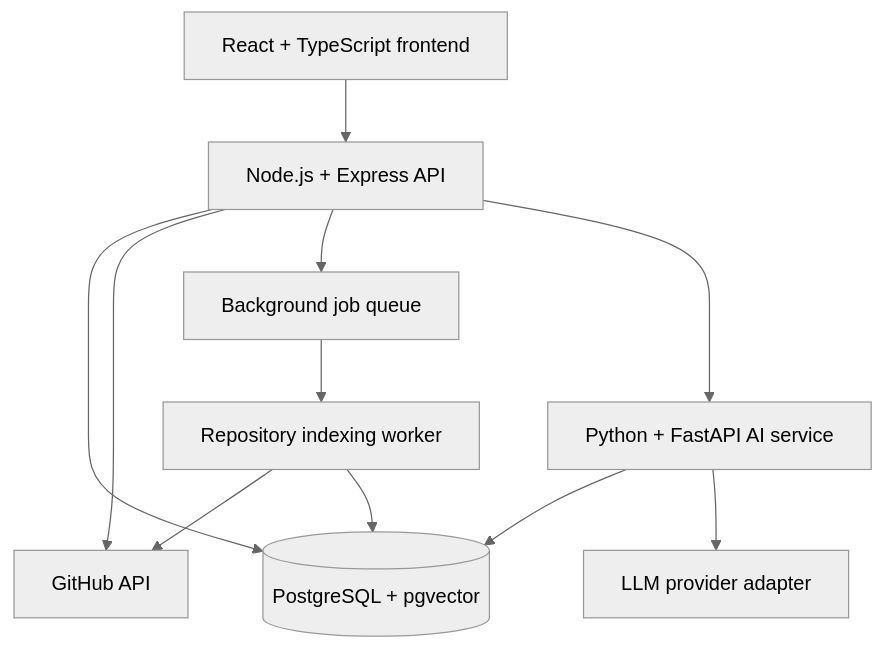
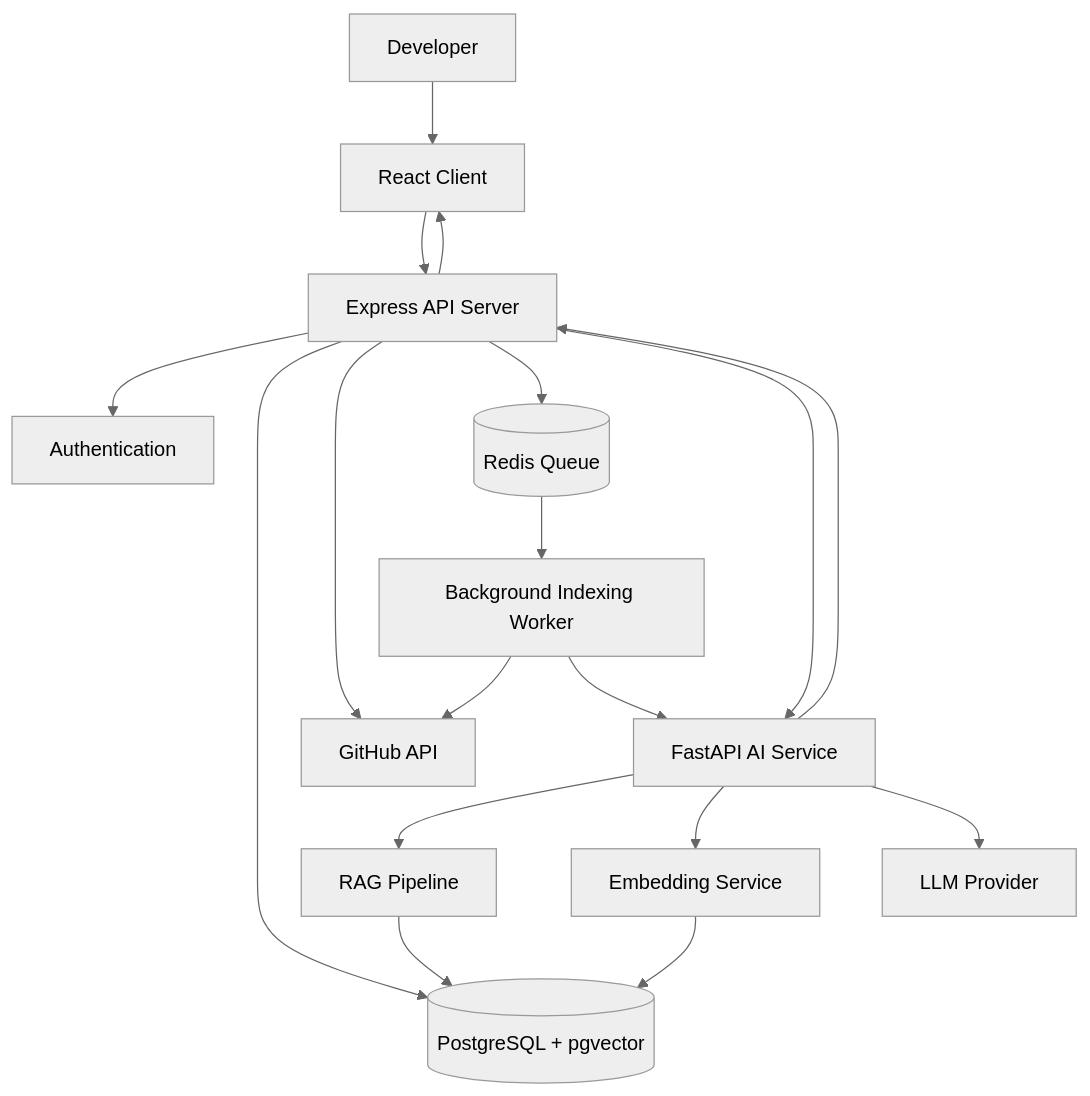
One commit to harsh-chauhan-dev/repomind changed the diagram in README.md. Above: the diagram before and after it, drawn with Mermaid (neutral theme). The commit also changed other lines of this file, not shown here.

````diff
--- a/README.md
+++ b/README.md
@@ -89,13 +102,27 @@
-``` mermaid
+```mermaid
 flowchart TD
-    UI[React + TypeScript frontend] --> API[Node.js + Express API]
+    USER[Developer] --> CLIENT[React Client]
+
+    CLIENT --> API[Express API Server]
+
+    API --> AUTH[Authentication]
     API --> DB[(PostgreSQL + pgvector)]
     API --> GH[GitHub API]
-    API --> Q[Background job queue]
-    Q --> W[Repository indexing worker]
-    W --> GH
-    W --> DB
-    API --> AI[Python + FastAPI AI service]
-    AI --> DB
-    AI --> LLM[LLM provider adapter]
+    API --> REDIS[(Redis Queue)]
+
+    REDIS --> WORKER[Background Indexing Worker]
+
+    WORKER --> GH
+    WORKER --> AI[FastAPI AI Service]
+
+    AI --> RAG[RAG Pipeline]
+    AI --> EMB[Embedding Service]
+    AI --> LLM[LLM Provider]
+
+    RAG --> DB
+    EMB --> DB
+
+    API --> AI
+    AI --> API
+    API --> CLIENT
 ```
````
